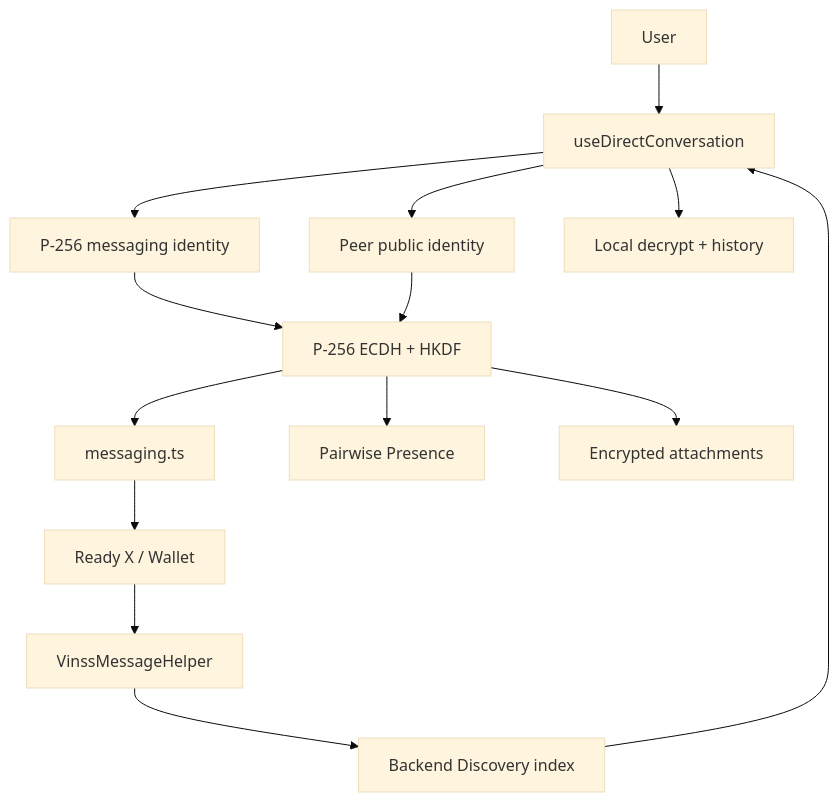
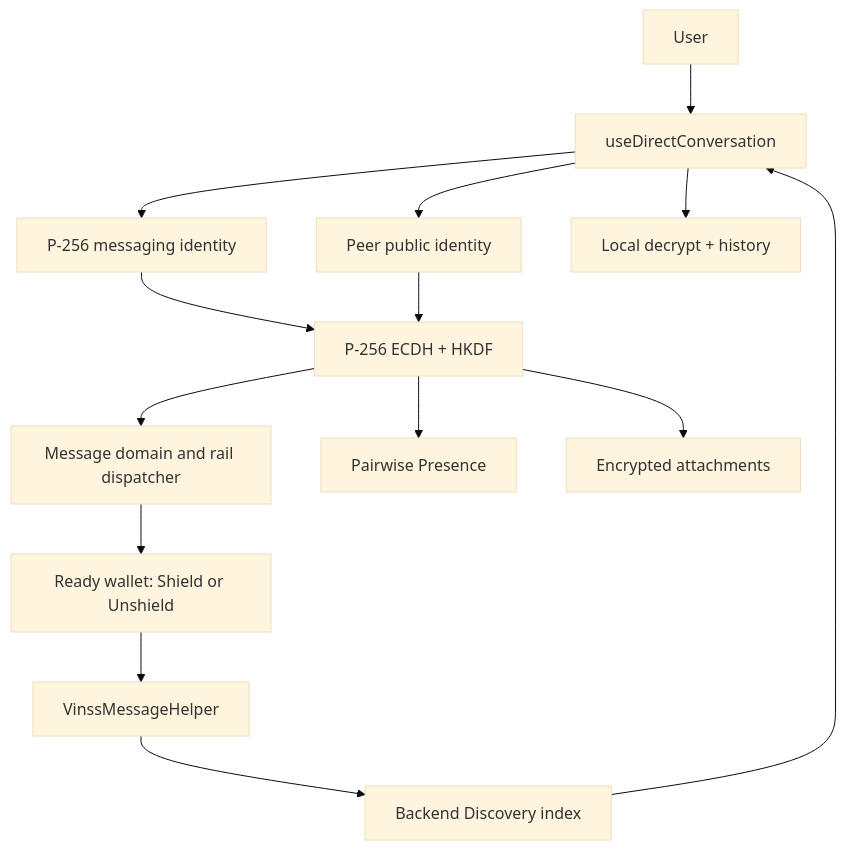
Before and after one commit to DXJLabs/vinss: the first of 9 diagrams in docs/technical/frontend/direct-chat.md, drawn with Mermaid (base theme). The commit also changed other lines of this file and 8 other files, not shown here.

Commit message:
docs: refresh messaging architecture, code maps and Mermaid; verify Offer rails

````diff
--- a/docs/technical/frontend/direct-chat.md
+++ b/docs/technical/frontend/direct-chat.md
@@ -126,29 +133,29 @@
 ```mermaid
 flowchart TD
     USER["User"]
     HOOK["useDirectConversation"]
     ID["P-256 messaging identity"]
     PEER["Peer public identity"]
     ECDH["P-256 ECDH + HKDF"]
-    MSG["messaging.ts"]
-    WALLET["Ready X / Wallet"]
+    MSG["Message domain and rail dispatcher"]
+    WALLET["Ready wallet: Shield or Unshield"]
     HELPER["VinssMessageHelper"]
     INDEX["Backend Discovery index"]
     LOCAL["Local decrypt + history"]
     PRES["Pairwise Presence"]
     ATT["Encrypted attachments"]
 
     USER --> HOOK
     HOOK --> ID
     HOOK --> PEER
     ID --> ECDH
     PEER --> ECDH
     ECDH --> MSG
     MSG --> WALLET
     WALLET --> HELPER
     HELPER --> INDEX
     INDEX --> HOOK
     HOOK --> LOCAL
     ECDH --> PRES
     ECDH --> ATT
 ```
````
